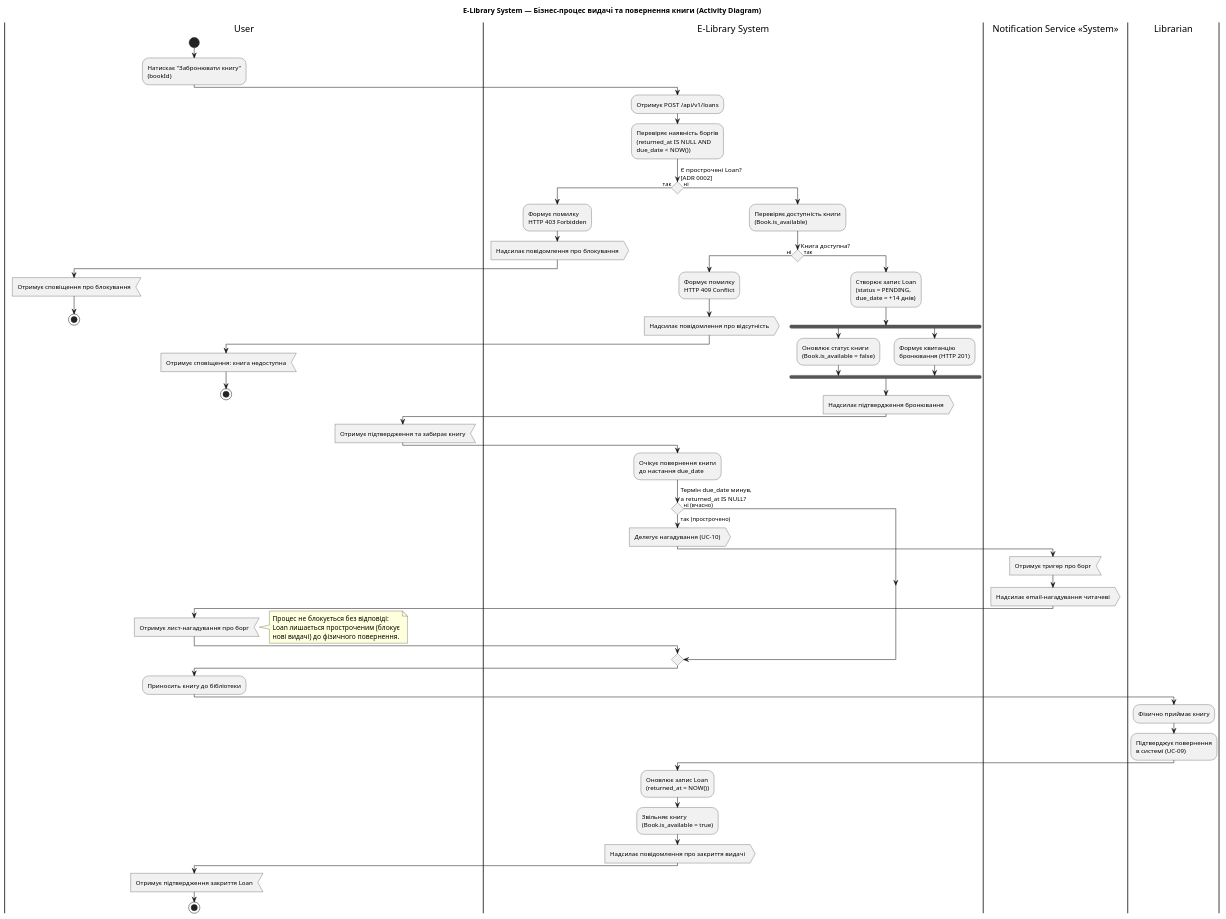
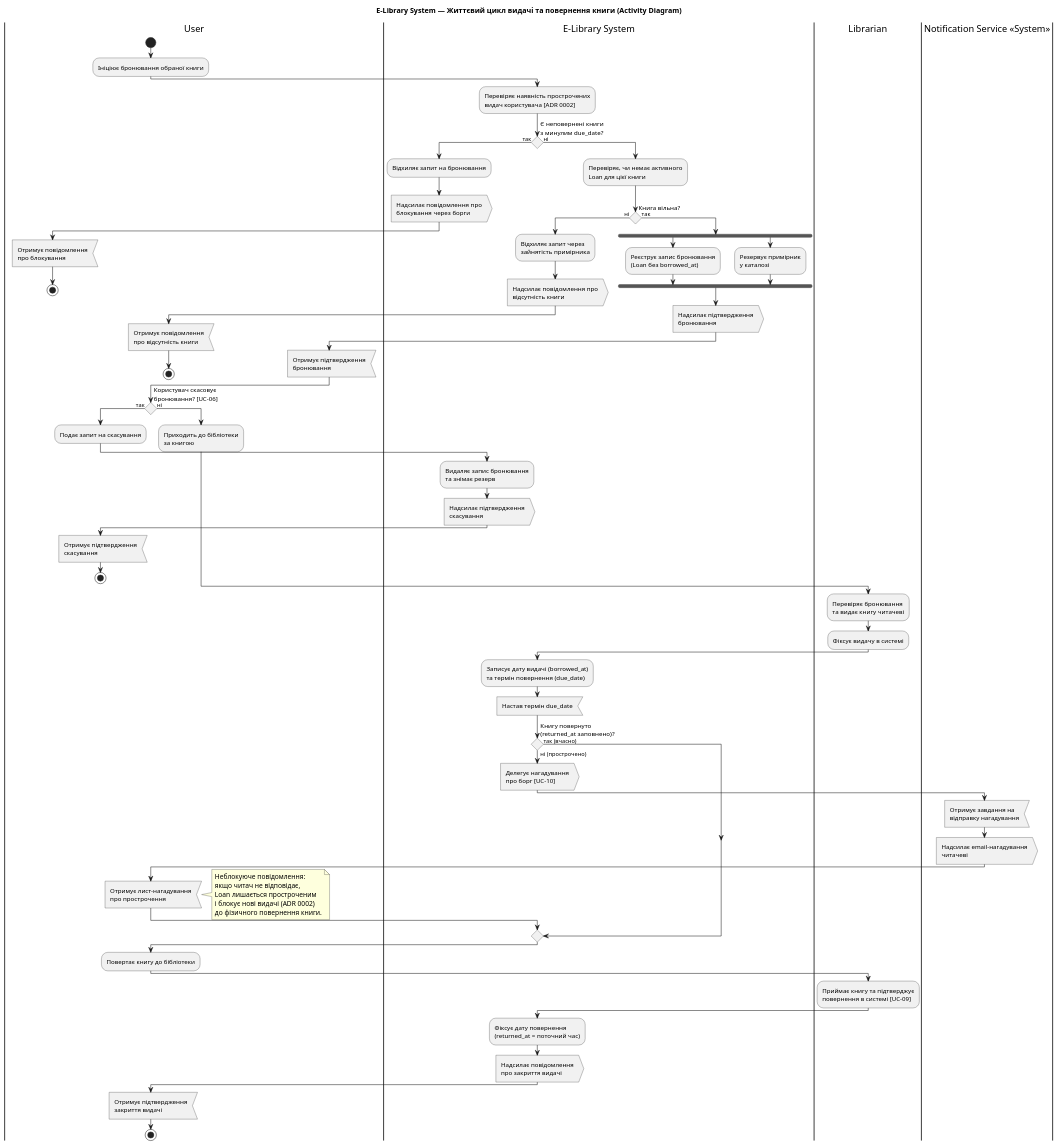
One commit to madrashp/- changed the diagram in Лаб4/diagrams/loan-lifecycle-activity.puml. Above: the diagram before and after it, drawn with PlantUML.

```diff
--- a/Лаб4/diagrams/loan-lifecycle-activity.puml
+++ b/Лаб4/diagrams/loan-lifecycle-activity.puml
@@ -1,82 +1,101 @@
 @startuml
-title E-Library System — Бізнес-процес видачі та повернення книги (Activity Diagram)
+title E-Library System — Життєвий цикл видачі та повернення книги (Activity Diagram)
 
 skinparam backgroundColor #FFFFFF
 skinparam shadowing false
 skinparam conditionStyle diamond
 skinparam activityFontSize 12
 
 |User|
 start
-:Натискає "Забронювати книгу"\n(bookId);
+:Ініціює бронювання обраної книги;
 
 |E-Library System|
-:Отримує POST /api/v1/loans;
-:Перевіряє наявність боргів\n(returned_at IS NULL AND\ndue_date < NOW());
+:Перевіряє наявність прострочених\nвидач користувача [ADR 0002];
 
-if (Є прострочені Loan?\n[ADR 0002]) then (так)
-  :Формує помилку\nHTTP 403 Forbidden;
-  :Надсилає повідомлення про блокування; <<output>>
+if (Є неповернені книги\nз минулим due_date?) then (так)
+  :Відхиляє запит на бронювання;
+  :Надсилає повідомлення про\nблокування через борги; <<output>>
   |User|
-  :Отримує сповіщення про блокування; <<input>>
+  :Отримує повідомлення\nпро блокування; <<input>>
   stop
 else (ні)
   |E-Library System|
-  :Перевіряє доступність книги\n(Book.is_available);
-  if (Книга доступна?) then (ні)
-    :Формує помилку\nHTTP 409 Conflict;
-    :Надсилає повідомлення про відсутність; <<output>>
+  :Перевіряє, чи немає активного\nLoan для цієї книги;
+  if (Книга вільна?) then (ні)
+    :Відхиляє запит через\nзайнятість примірника;
+    :Надсилає повідомлення про\nвідсутність книги; <<output>>
     |User|
-    :Отримує сповіщення: книга недоступна; <<input>>
+    :Отримує повідомлення\nпро відсутність книги; <<input>>
     stop
   else (так)
     |E-Library System|
-    :Створює запис Loan\n(status = PENDING,\ndue_date = +14 днів);
-    
     fork
-      :Оновлює статус книги\n(Book.is_available = false);
+      :Реєструє запис бронювання\n(Loan без borrowed_at);
     fork again
-      :Формує квитанцію\nбронювання (HTTP 201);
+      :Резервує примірник\nу каталозі;
     end fork
-    
-    :Надсилає підтвердження бронювання; <<output>>
+    :Надсилає підтвердження\nбронювання; <<output>>
     |User|
-    :Отримує підтвердження та забирає книгу; <<input>>
+    :Отримує підтвердження\nбронювання; <<input>>
   endif
 endif
 
-|E-Library System|
-:Очікує повернення книги\nдо настання due_date;
-
-if (Термін due_date минув,\nа returned_at IS NULL?) then (так (прострочено))
-  :Делегує нагадування (UC-10); <<output>>
-  |Notification Service <<System>>|
-  :Отримує тригер про борг; <<input>>
-  :Надсилає email-нагадування читачеві; <<output>>
+' ----- Розгалуження: скасування бронювання (UC-06) або отримання книги -----
+if (Користувач скасовує\nбронювання? [UC-06]) then (так)
+  :Подає запит на скасування;
+  |E-Library System|
+  :Видаляє запис бронювання\nта знімає резерв;
+  :Надсилає підтвердження\nскасування; <<output>>
   |User|
-  :Отримує лист-нагадування про борг; <<input>>
-  note right
-    Процес не блокується без відповіді:
-    Loan лишається простроченим (блокує
-    нові видачі) до фізичного повернення.
-  end note
-else (ні (вчасно))
+  :Отримує підтвердження\nскасування; <<input>>
+  stop
+else (ні)
+  :Приходить до бібліотеки\nза книгою;
 endif
 
+' ----- Видача книги бібліотекарем -----
+|Librarian|
+:Перевіряє бронювання\nта видає книгу читачеві;
+:Фіксує видачу в системі;
+
+|E-Library System|
+:Записує дату видачі (borrowed_at)\nта термін повернення (due_date);
+
+' ----- Подія часу: контроль прострочення -----
+|E-Library System|
+:Настав термін due_date; <<input>>
+
+if (Книгу повернуто\n(returned_at заповнено)?) then (ні (прострочено))
+  :Делегує нагадування\nпро борг [UC-10]; <<output>>
+  |Notification Service <<System>>|
+  :Отримує завдання на\nвідправку нагадування; <<input>>
+  :Надсилає email-нагадування\nчитачеві; <<output>>
+  |User|
+  :Отримує лист-нагадування\nпро прострочення; <<input>>
+  note right
+    Неблокуюче повідомлення:
+    якщо читач не відповідає,
+    Loan лишається простроченим
+    і блокує нові видачі (ADR 0002)
+    до фізичного повернення книги.
+  end note
+else (так (вчасно))
+endif
+
+' ----- Повернення книги -----
 |User|
-:Приносить книгу до бібліотеки;
+:Повертає книгу до бібліотеки;
 
 |Librarian|
-:Фізично приймає книгу;
-:Підтверджує повернення\nв системі (UC-09);
+:Приймає книгу та підтверджує\nповернення в системі [UC-09];
 
 |E-Library System|
-:Оновлює запис Loan\n(returned_at = NOW());
-:Звільняє книгу\n(Book.is_available = true);
-:Надсилає повідомлення про закриття видачі; <<output>>
+:Фіксує дату повернення\n(returned_at = поточний час);
+:Надсилає повідомлення\nпро закриття видачі; <<output>>
 
 |User|
-:Отримує підтвердження закриття Loan; <<input>>
+:Отримує підтвердження\nзакриття видачі; <<input>>
 stop
 
 @enduml
```
